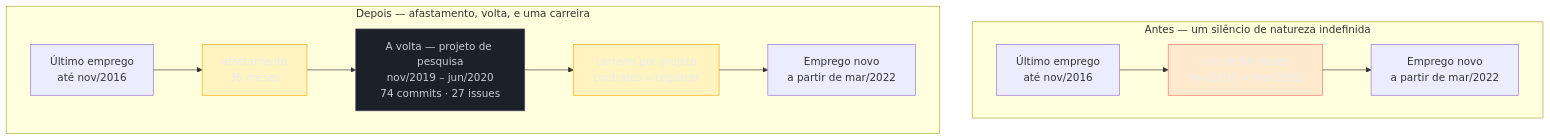
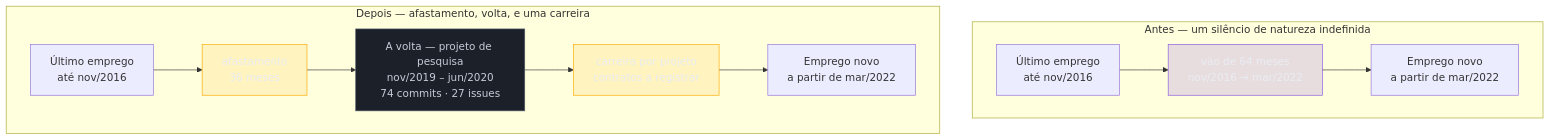
Before and after one commit to josenaldo/codex-technomanticus: the diagram in 03-Dominios/Carreira/Currículo/16a - Lacuna longa e reentrada.md, drawn with Mermaid. The commit also changed 601 other files, not shown here.

````diff
--- a/03-Dominios/Carreira/Currículo/16a - Lacuna longa e reentrada.md
+++ b/03-Dominios/Carreira/Currículo/16a - Lacuna longa e reentrada.md
@@ -84,22 +84,22 @@
 ```mermaid
 graph TD
-    classDef falha fill:#FF6B6B24,stroke:#FF6B6B,color:#E9ECF2
+    classDef marca fill:#8855DF33,stroke:#8855DF,color:#E9ECF2
     classDef destaque fill:#FFAA0024,stroke:#FFAA00,color:#E9ECF2
     classDef neutro fill:#1B2029,stroke:#4E5666,color:#C6CCD8
     subgraph ANTES["Antes — um silêncio de natureza indefinida"]
         A1["Último emprego<br/>até nov/2016"] --> A2["vão de 64 meses<br/>nov/2016 → mar/2022"]
         A2 --> A3["Emprego novo<br/>a partir de mar/2022"]
     end
 
     subgraph DEPOIS["Depois — afastamento, volta, e uma carreira"]
         B1["Último emprego<br/>até nov/2016"] --> B2["afastamento<br/>36 meses"]
         B2 --> B3["A volta — projeto de pesquisa<br/>nov/2019 – jun/2020<br/>74 commits · 27 issues"]
         B3 --> B4["carreira por projeto<br/>contratos a registrar"]
         B4 --> B5["Emprego novo<br/>a partir de mar/2022"]
     end
 
-    class A2 falha
+    class A2 marca
     class B2 destaque
     class B4 destaque
     class B3 neutro
 ```
````
